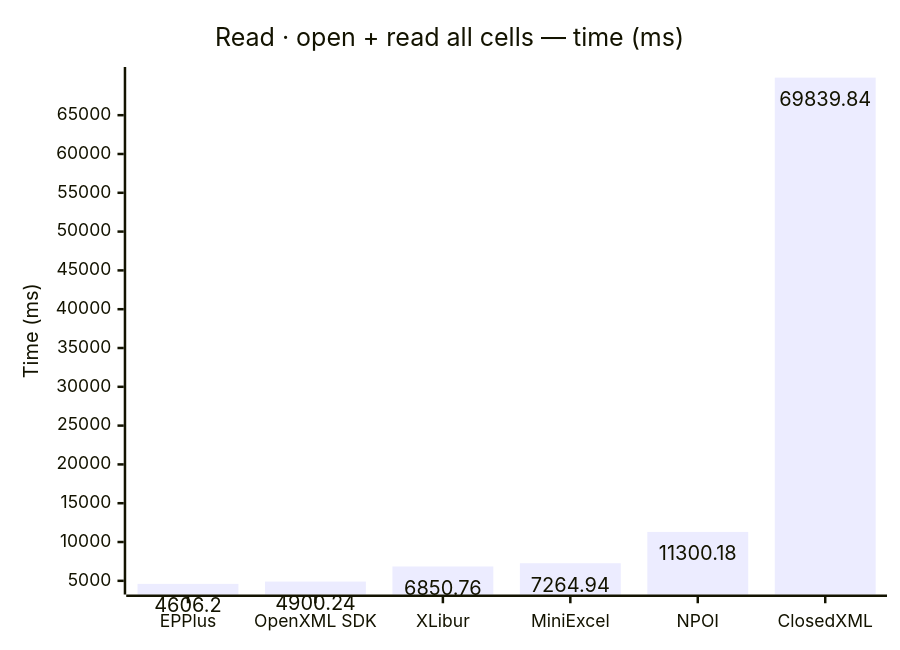
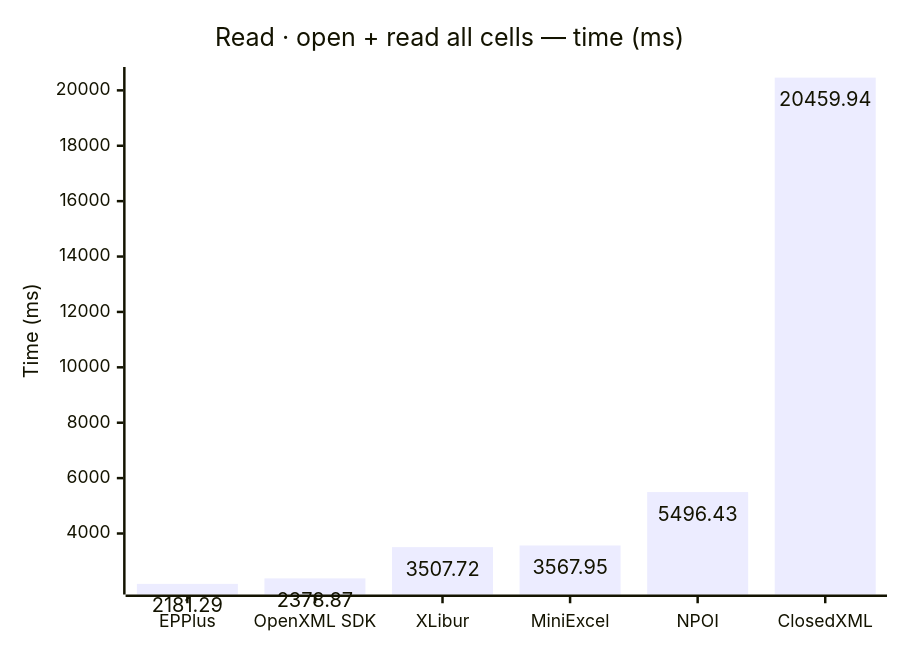
Before and after one commit to jafin/XLBench: the third of 6 diagrams in docs/results.md, drawn with Mermaid. The commit also changed other lines of this file and 5 other files, not shown here.

````diff
--- a/docs/results.md
+++ b/docs/results.md
@@ -60,12 +60,12 @@
 ```mermaid
 ---
 config:
   xyChart:
     showDataLabel: true
 ---
 xychart-beta
     title "Read · open + read all cells — time (ms)"
     x-axis ["EPPlus", "OpenXML SDK", "XLibur", "MiniExcel", "NPOI", "ClosedXML"]
     y-axis "Time (ms)"
-    bar [4606.2, 4900.24, 6850.76, 7264.94, 11300.18, 69839.84]
+    bar [2181.29, 2378.87, 3507.72, 3567.95, 5496.43, 20459.94]
 ```
````
